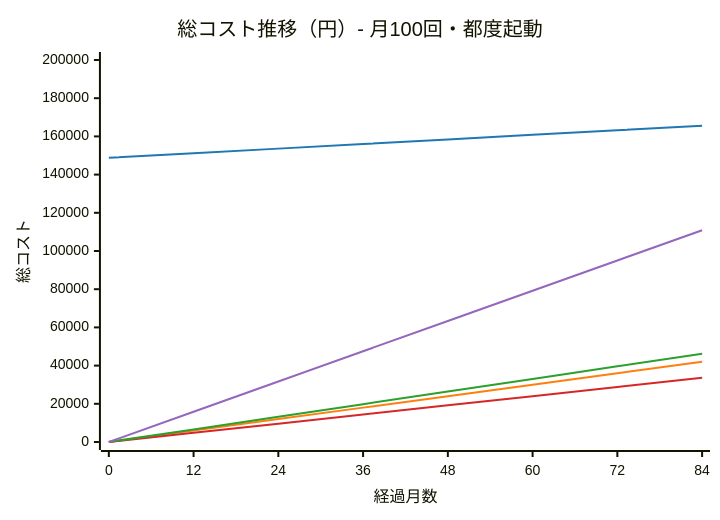
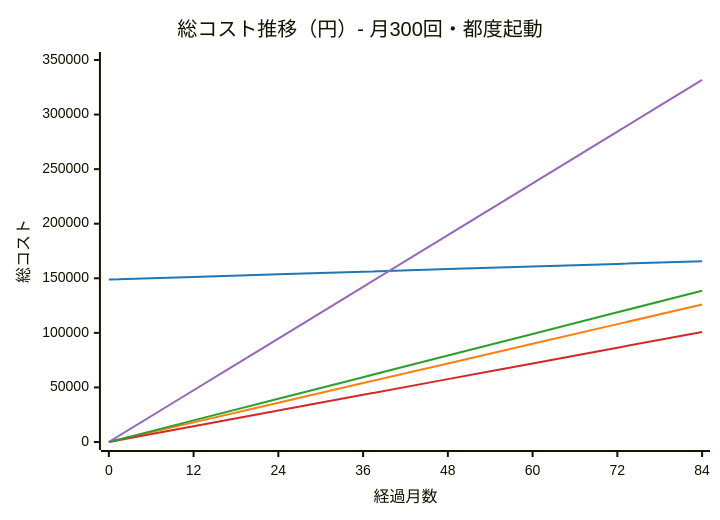
The diagram in docs/infrastructure-comparison.md (ot-nemoto/auto-pilot-g4), drawn with Mermaid before and after one commit. The commit also changed other lines of this file, not shown here.

First line of the commit message:
docs: シナリオAを月300回に変更、RunPodケース別比較セクションを削除

````diff
--- a/docs/infrastructure-comparison.md
+++ b/docs/infrastructure-comparison.md
@@ -48,12 +48,12 @@
 ```mermaid
 %%{init: {'theme': 'base', 'themeVariables': {'xyChart': {'plotColorPalette': '#1f77b4,#ff7f0e,#d62728,#2ca02c,#9467bd'}}}}%%
 xychart-beta
-    title "総コスト推移（円）- 月100回・都度起動"
+    title "総コスト推移（円）- 月300回・都度起動"
     x-axis "経過月数" [0, 12, 24, 36, 48, 60, 72, 84]
-    y-axis "総コスト" 0 --> 200000
+    y-axis "総コスト" 0 --> 350000
     line "Mac mini" [148800, 151200, 153600, 156000, 158400, 160800, 163200, 165600]
-    line "Vast.ai" [0, 6000, 12000, 18000, 24000, 30000, 36000, 42000]
-    line "AWS Spot" [0, 4800, 9600, 14400, 19200, 24000, 28800, 33600]
-    line "RunPod" [0, 6600, 13200, 19800, 26400, 33000, 39600, 46200]
-    line "AWS On-demand" [0, 15840, 31680, 47520, 63360, 79200, 95040, 110880]
+    line "Vast.ai" [0, 18000, 36000, 54000, 72000, 90000, 108000, 126000]
+    line "AWS Spot" [0, 14400, 28800, 43200, 57600, 72000, 86400, 100800]
+    line "RunPod" [0, 19800, 39600, 59400, 79200, 99000, 118800, 138600]
+    line "AWS On-demand" [0, 47400, 94800, 142200, 189600, 237000, 284400, 331800]
 ```
````
